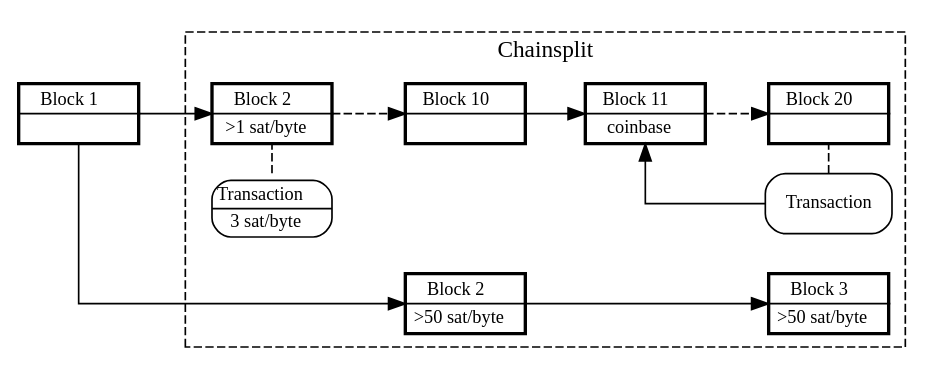
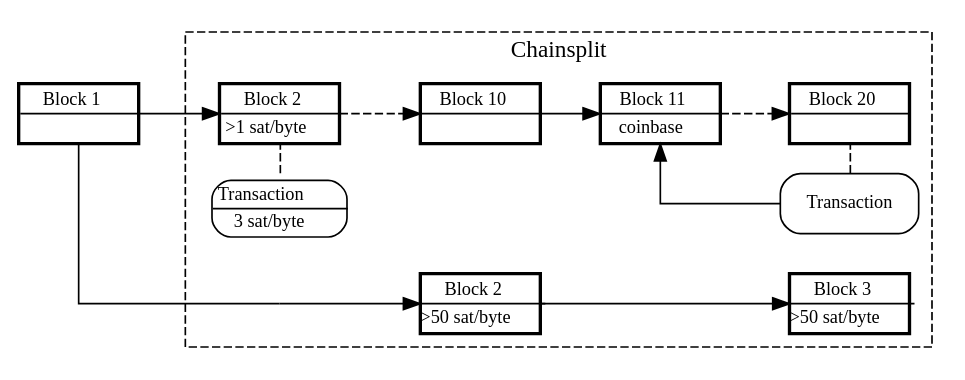
Before and after one commit to Sjors/nado-book: the diagram in taproot/split.dot, drawn with Graphviz. The commit also changed 18 other files, not shown here.

```diff
--- a/taproot/split.dot
+++ b/taproot/split.dot
@@ -1,87 +1,87 @@
 digraph {
-    node [fontname="lmodern" fontsize=11 ]
+    node [fontsize=11 ]
 
     splines=ortho
 
     tx [shape=plaintext label=<
            <table border="1" cellborder="0" cellspacing="0" style="rounded">
              <tr><td> Transaction </td></tr><hr/>
              <tr><td>3 sat/byte</td></tr>
            </table>>]
 
     tx2 [shape=box style="rounded" label="Transaction"]
 
     node [fixedsize=true width=1 shape=box style="bold"]
-    edge [fontname="lmodern" fontsize=11];
+    edge [fontsize=11];
 
     rankdir="LR";
 
     1  [label=<
            <table border="0" cellborder="0" cellspacing="1">
-             <tr><td>     Block 1     </td></tr><hr/>
+             <tr><td width="70">Block 1</td></tr><hr/>
              <tr><td> </td></tr>
            </table>>]
 
     a2  [label=<
           <table border="0" cellborder="0" cellspacing="1">
-            <tr><td>     Block 2     </td></tr><hr/>
+            <tr><td width="70">Block 2</td></tr><hr/>
             <tr><td>&gt;1 sat/byte</td></tr>
           </table>>]
     a10  [label=<
           <table border="0" cellborder="0" cellspacing="1">
-            <tr><td>    Block 10    </td></tr><hr/>
+            <tr><td width="70">Block 10</td></tr><hr/>
             <tr><td> </td></tr>
           </table>>]
     a11  [label=<
           <table border="0" cellborder="0" cellspacing="1">
-            <tr><td>    Block 11    </td></tr><hr/>
+            <tr><td width="70">Block 11</td></tr><hr/>
             <tr><td>coinbase</td></tr>
           </table>>]
     a20  [label=<
           <table border="0" cellborder="0" cellspacing="1">
-            <tr><td>    Block 20    </td></tr><hr/>
+            <tr><td width="70">Block 20</td></tr><hr/>
             <tr><td> </td></tr>
           </table>>]
 
     b_dummy [style=invis]
 
     b2  [label=<
           <table border="0" cellborder="0" cellspacing="1">
-            <tr><td>     Block 2     </td></tr><hr/>
+            <tr><td width="70">Block 2</td></tr><hr/>
             <tr><td>&gt;50 sat/byte</td></tr>
           </table>>]
     b3  [label=<
           <table border="0" cellborder="0" cellspacing="1">
-            <tr><td>     Block 3     </td></tr><hr/>
+            <tr><td width="70">Block 3</td></tr><hr/>
             <tr><td>&gt;50 sat/byte</td></tr>
           </table>>]
 
     subgraph cluster_split {
         label="Chainsplit"
         style=dashed
 
         edge[weight=3 group=blocks]
         a2 -> a10 [style=dashed]
         a10 -> a11
         a11 -> a20 [style=dashed]
 
         edge[weight=2 group=blocks]
         b_dummy -> b2 [tailclip=false]
         b2 -> b3
 
         { rank=same a10 b2 }
         { rank=same a20 b3 tx2 }
         { rank=same a2 tx b_dummy }
 
         tx -> a2 [arrowhead=none style=dashed]
         tx2 -> a20 [arrowhead=none style=dashed]
         tx2 -> a11
 
     }
 
     edge[weight=3 group=blocks]
     1 -> a2
 
     edge[weight=2 group=blocks headclip=false]
     1 -> b_dummy [arrowhead=none]
 }
```
